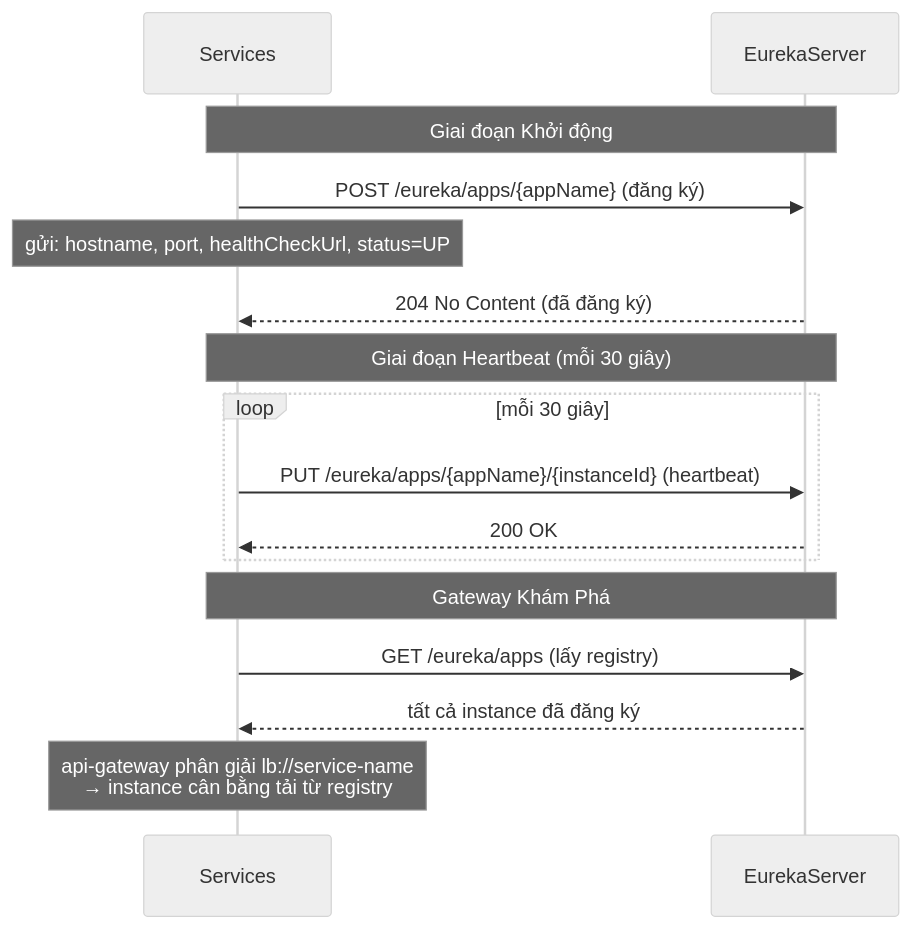
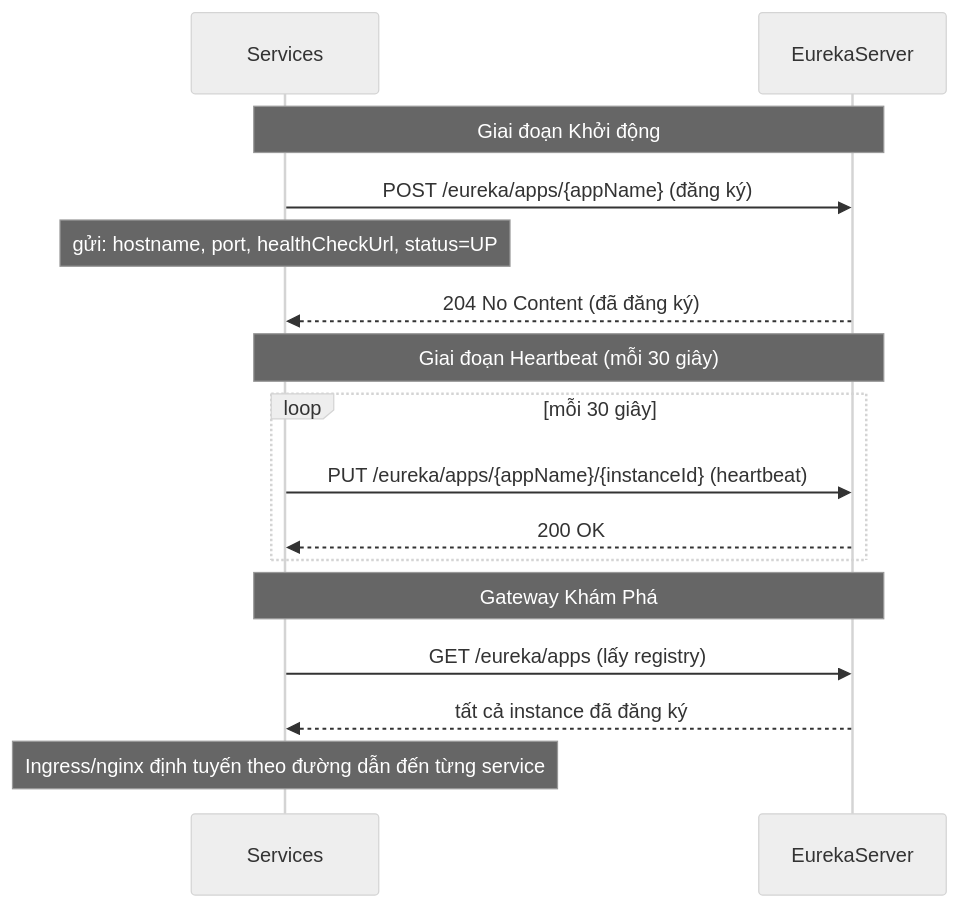
Diagram 23 of 27 in docs/vi/system-design-mermaid-diagrams-all-services-flows.md (namnd0312/ms-cinema), drawn with Mermaid (neutral theme) before and after one commit. The commit also changed other lines of this file and 36 other files, not shown here.

Commit message:
260409-2143-remove-api-gateway-use-k8s-ingress

````diff
--- a/docs/vi/system-design-mermaid-diagrams-all-services-flows.md
+++ b/docs/vi/system-design-mermaid-diagrams-all-services-flows.md
@@ -1176,22 +1153,22 @@
 ```mermaid
 sequenceDiagram
     participant Services
     participant EurekaServer
 
     Note over Services,EurekaServer: Giai đoạn Khởi động
     Services->>EurekaServer: POST /eureka/apps/{appName} (đăng ký)
     Note over Services: gửi: hostname, port, healthCheckUrl, status=UP
     EurekaServer-->>Services: 204 No Content (đã đăng ký)
 
     Note over Services,EurekaServer: Giai đoạn Heartbeat (mỗi 30 giây)
     loop mỗi 30 giây
         Services->>EurekaServer: PUT /eureka/apps/{appName}/{instanceId} (heartbeat)
         EurekaServer-->>Services: 200 OK
     end
 
     Note over Services,EurekaServer: Gateway Khám Phá
     Services->>EurekaServer: GET /eureka/apps (lấy registry)
     EurekaServer-->>Services: tất cả instance đã đăng ký
 
-    Note over Services: api-gateway phân giải lb://service-name<br/>→ instance cân bằng tải từ registry
+    Note over Services: Ingress/nginx định tuyến theo đường dẫn đến từng service
 ```
````
